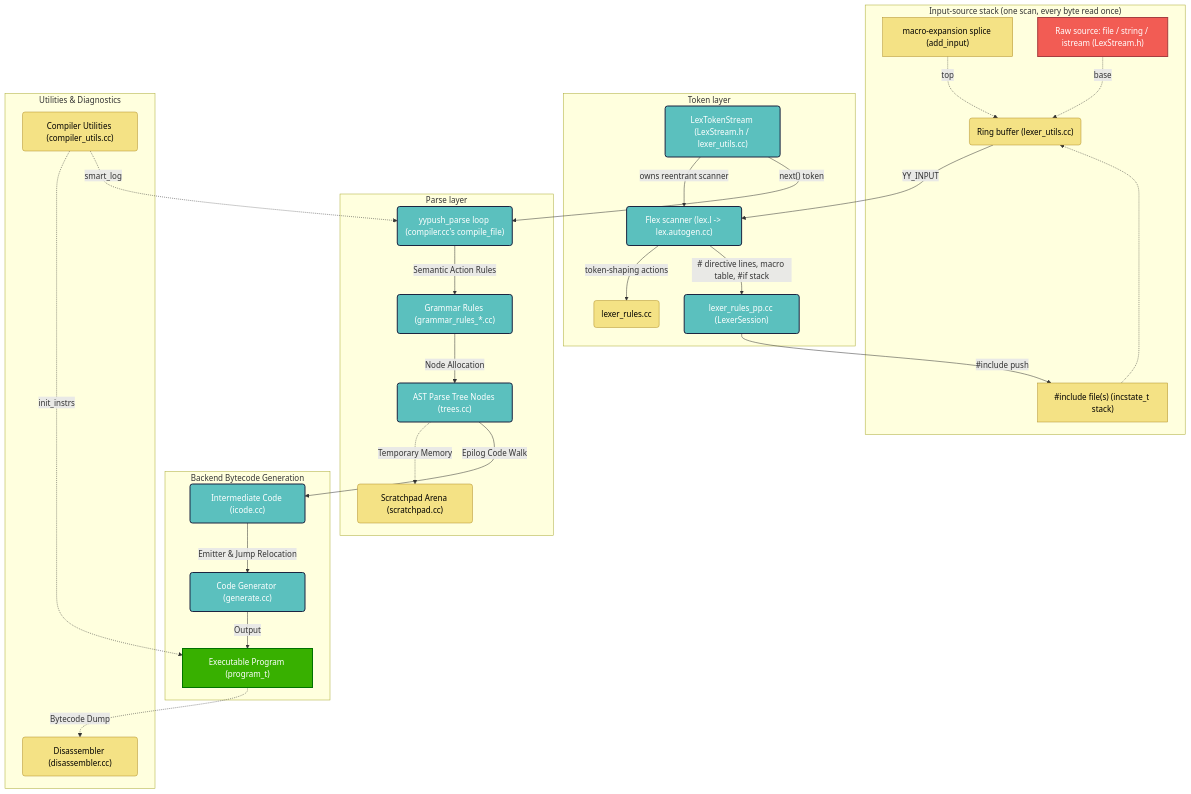
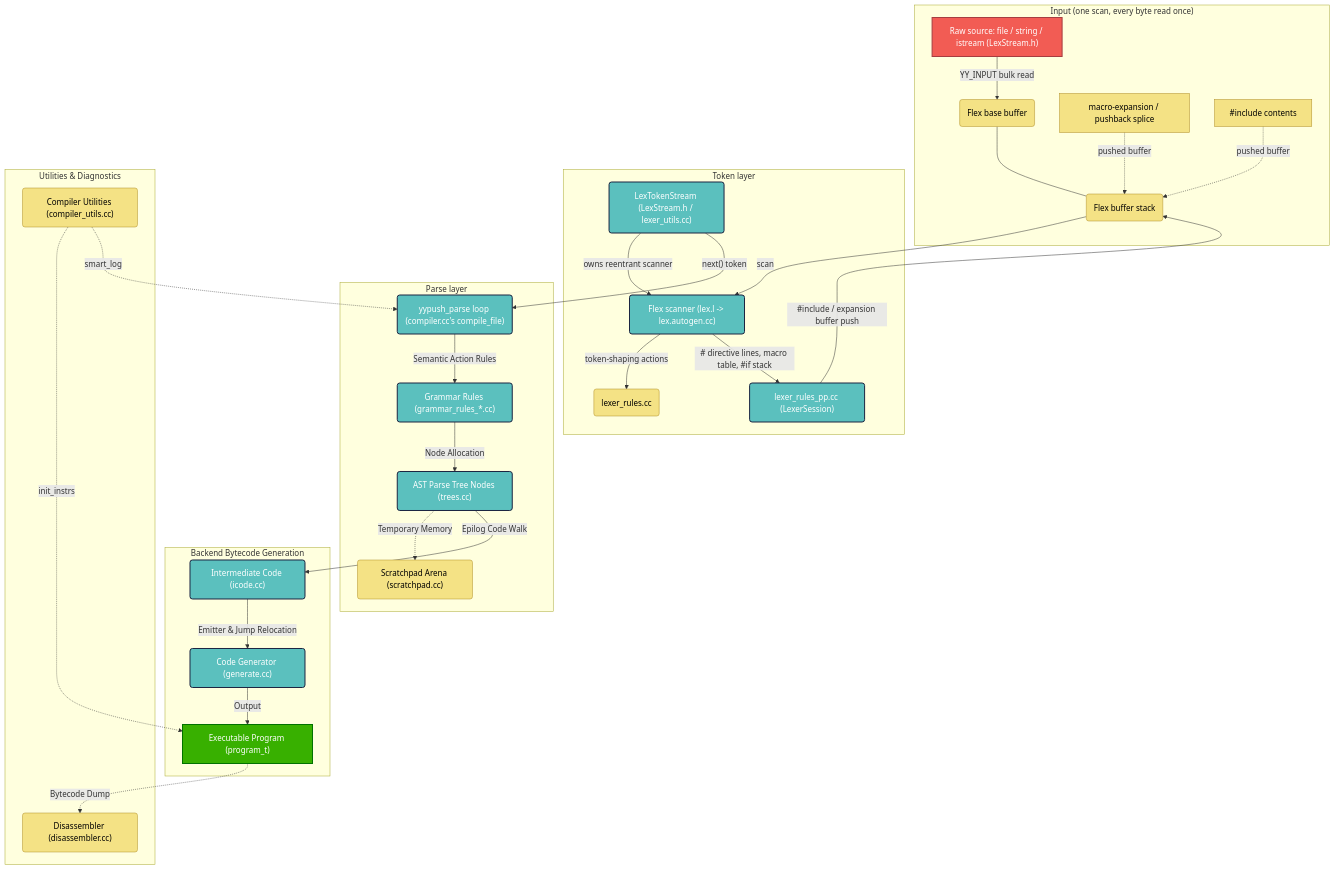
One commit to fluffos/fluffos changed the diagram in src/compiler/internal/README.md. Above: the diagram before and after it, drawn with Mermaid. The commit also changed other lines of this file and 19 other files, not shown here.

First line of the commit message:
CI green on every platform; security hardening; macro redefinition is legal

````diff
--- a/src/compiler/internal/README.md
+++ b/src/compiler/internal/README.md
@@ -11,45 +11,46 @@
 ```mermaid
 graph TB
-    subgraph "Input-source stack (one scan, every byte read once)"
-        MACRO["macro-expansion splice (add_input)"] -.->|top| RB("Ring buffer (lexer_utils.cc)")
-        INC["#include file(s) (incstate_t stack)"] -.-> RB
-        A["Raw source: file / string / istream (LexStream.h)"] -.->|base| RB
+    subgraph "Input (one scan, every byte read once)"
+        A["Raw source: file / string / istream (LexStream.h)"] -->|YY_INPUT bulk read| BASE("Flex base buffer")
+        MACRO["macro-expansion / pushback splice"] -.->|pushed buffer| STACK("Flex buffer stack")
+        INC["#include contents"] -.->|pushed buffer| STACK
+        BASE --- STACK
     end
 
     subgraph "Token layer"
-        RB -->|YY_INPUT| LEX("Flex scanner (lex.l -> lex.autogen.cc)")
+        STACK -->|scan| LEX("Flex scanner (lex.l -> lex.autogen.cc)")
         LEX -->|"token-shaping actions"| LR("lexer_rules.cc")
         LEX -->|"# directive lines, macro table, #if stack"| LRPP("lexer_rules_pp.cc (LexerSession)")
-        LRPP -->|"#include push"| INC
+        LRPP -->|"#include / expansion buffer push"| STACK
         LTS("LexTokenStream (LexStream.h / lexer_utils.cc)") -->|"owns reentrant scanner"| LEX
     end
 
     subgraph "Parse layer"
         LTS -->|"next() token"| PARSE("yypush_parse loop (compiler.cc's compile_file)")
         PARSE -->|Semantic Action Rules| GR("Grammar Rules (grammar_rules_*.cc)")
         GR -->|Node Allocation| TREE("AST Parse Tree Nodes (trees.cc)")
         TREE -.->|Temporary Memory| SCRATCH("Scratchpad Arena (scratchpad.cc)")
     end
 
     subgraph "Backend Bytecode Generation"
         TREE -->|Epilog Code Walk| ICODE("Intermediate Code (icode.cc)")
         ICODE -->|Emitter & Jump Relocation| GEN("Code Generator (generate.cc)")
         GEN -->|Output| PROG["Executable Program (program_t)"]
     end
 
     subgraph "Utilities & Diagnostics"
         PROG -.->|Bytecode Dump| DIS("Disassembler (disassembler.cc)")
         CU("Compiler Utilities (compiler_utils.cc)") -.->|init_instrs| PROG
         CU -.->|smart_log| PARSE
     end
 
     classDef main fill:#5bc0be,stroke:#1c2541,stroke-width:2px,color:#fff;
     classDef util fill:#f4e285,stroke:#b08e28,stroke-width:1px,color:#000;
     classDef start fill:#f25c54,stroke:#a63d40,stroke-width:2px,color:#fff;
     classDef result fill:#38b000,stroke:#007200,stroke-width:2px,color:#fff;
 
     class A start;
     class PROG result;
     class LTS,LEX,LRPP,PARSE,GR,TREE,ICODE,GEN main;
-    class RB,LR,MACRO,INC,SCRATCH,DIS,CU util;
+    class BASE,STACK,LR,MACRO,INC,SCRATCH,DIS,CU util;
 ```
````
